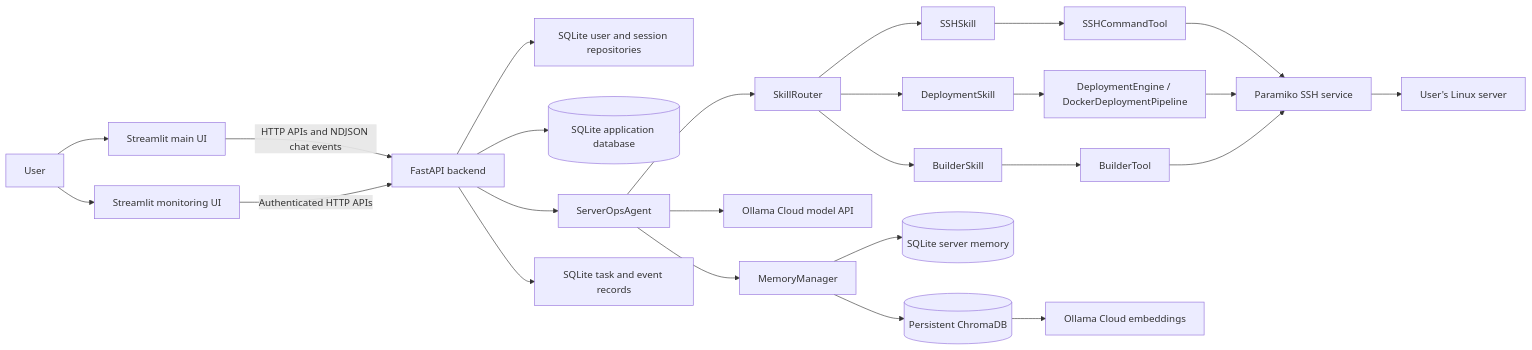
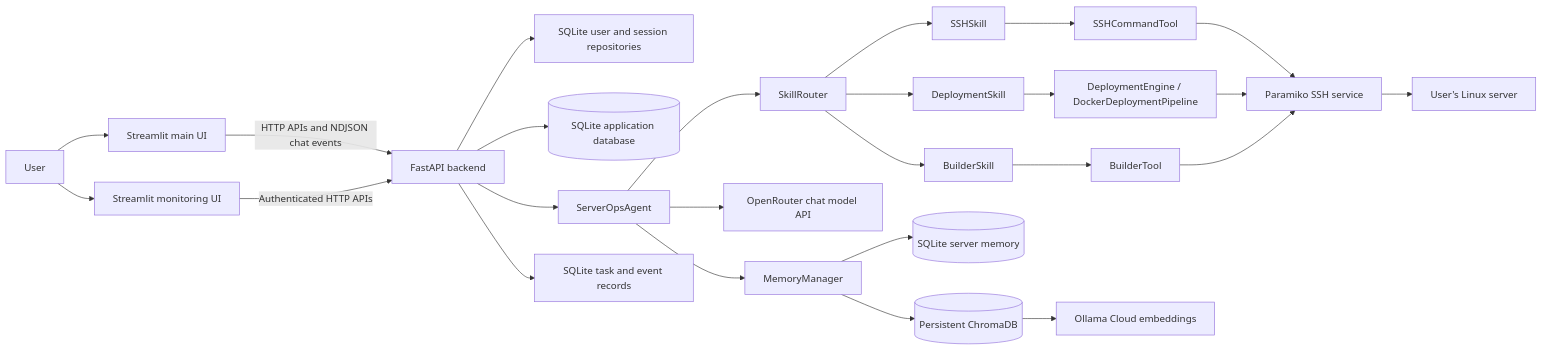
Before and after one commit to mitgit30/ShellMate: the first of 2 diagrams in architecture_doc.md, drawn with Mermaid. The commit also changed other lines of this file and 9 other files, not shown here.

````diff
--- a/architecture_doc.md
+++ b/architecture_doc.md
@@ -7,27 +7,27 @@
 ```mermaid
 flowchart LR
     User[User] --> UI[Streamlit main UI]
     User --> MonitorUI[Streamlit monitoring UI]
     UI -->|HTTP APIs and NDJSON chat events| API[FastAPI backend]
     MonitorUI -->|Authenticated HTTP APIs| API
     API --> Auth[SQLite user and session repositories]
     API --> AppDB[(SQLite application database)]
     API --> Agent[ServerOpsAgent]
     Agent --> Router[SkillRouter]
     Router --> SSH[SSHSkill]
     Router --> Deploy[DeploymentSkill]
     Router --> Builder[BuilderSkill]
     SSH --> SSHTool[SSHCommandTool]
     Deploy --> DeployEngine[DeploymentEngine / DockerDeploymentPipeline]
     Builder --> BuilderTool[BuilderTool]
     SSHTool --> SSHService[Paramiko SSH service]
     DeployEngine --> SSHService
     BuilderTool --> SSHService
     SSHService --> Server[User's Linux server]
-    Agent --> Model[Ollama Cloud model API]
+    Agent --> Model[OpenRouter chat model API]
     Agent --> Memory[MemoryManager]
     Memory --> MemoryDB[(SQLite server memory)]
     Memory --> VectorDB[(Persistent ChromaDB)]
     VectorDB --> Embed[Ollama Cloud embeddings]
     API --> Monitor[SQLite task and event records]
 ```
````
